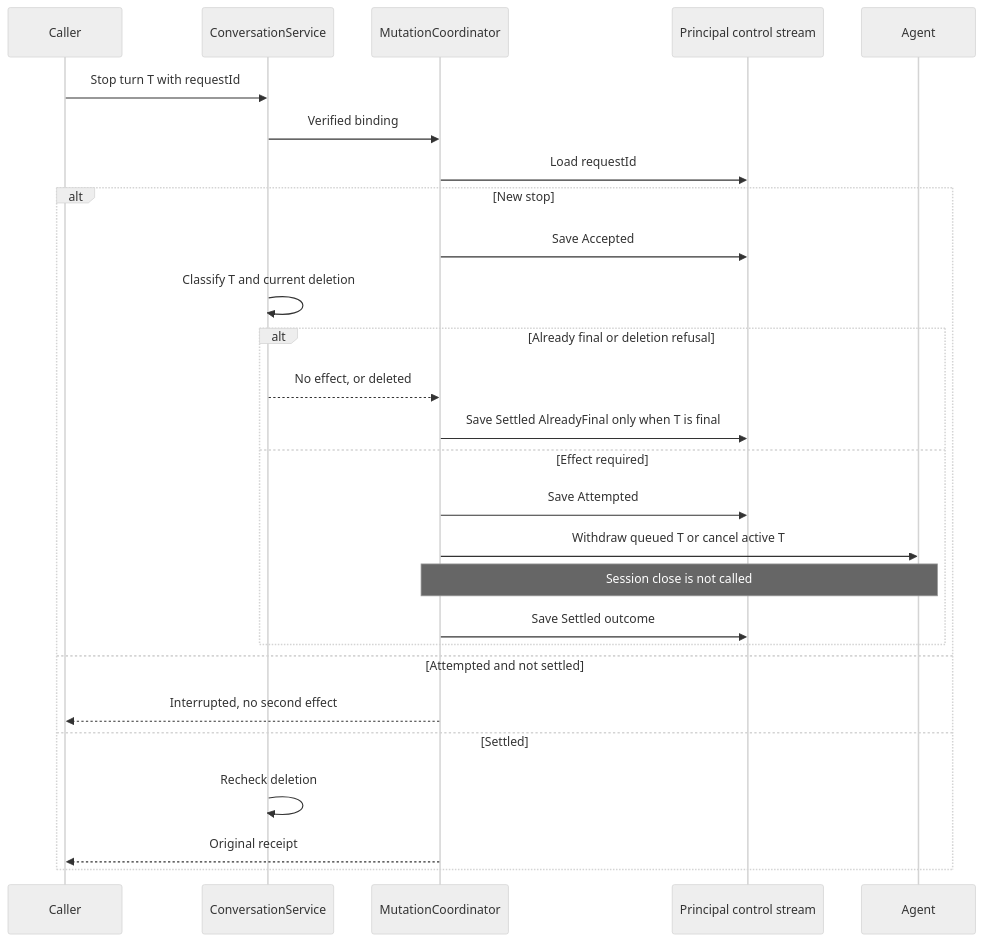
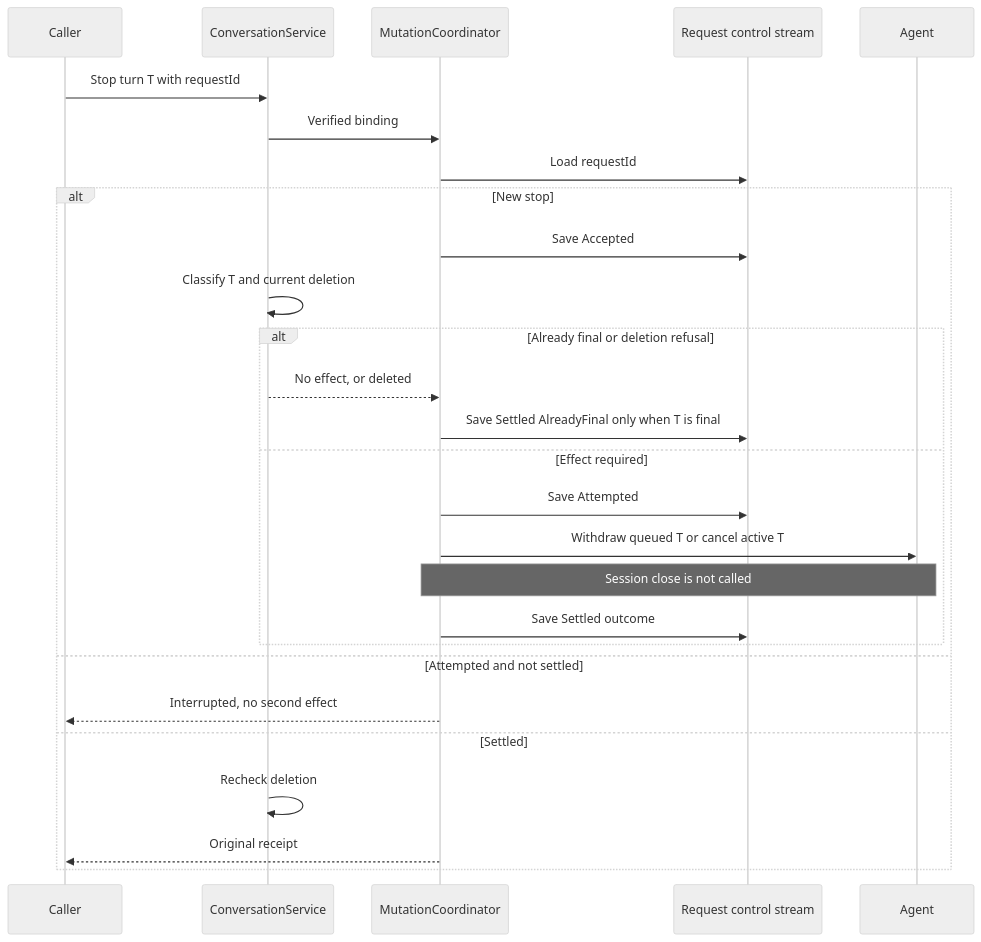
Before and after one commit to nessalabs/nessa-agent: the diagram in docs/design/command-creation.md, drawn with Mermaid (neutral theme). The commit also changed other lines of this file and 44 other files, not shown here.

````diff
--- a/docs/design/command-creation.md
+++ b/docs/design/command-creation.md
@@ -112,29 +118,29 @@
 ```mermaid
 sequenceDiagram
     participant C as Caller
     participant H as ConversationService
     participant R as MutationCoordinator
-    participant S as Principal control stream
+    participant S as Request control stream
     participant A as Agent
     C->>H: Stop turn T with requestId
     H->>R: Verified binding
     R->>S: Load requestId
     alt New stop
         R->>S: Save Accepted
         H->>H: Classify T and current deletion
         alt Already final or deletion refusal
             H-->>R: No effect, or deleted
             R->>S: Save Settled AlreadyFinal only when T is final
         else Effect required
             R->>S: Save Attempted
             R->>A: Withdraw queued T or cancel active T
             Note over R,A: Session close is not called
             R->>S: Save Settled outcome
         end
     else Attempted and not settled
         R-->>C: Interrupted, no second effect
     else Settled
         H->>H: Recheck deletion
         R-->>C: Original receipt
     end
 ```
````
